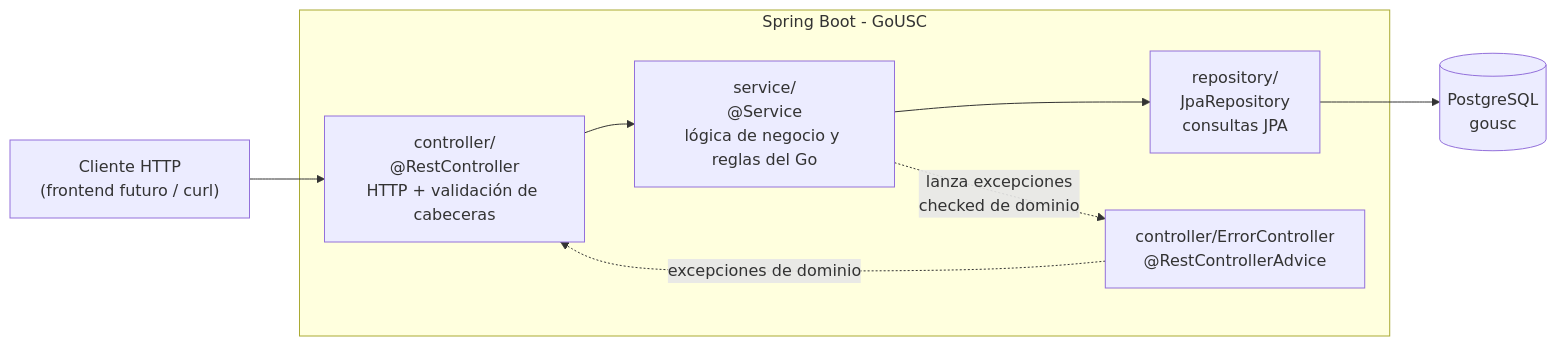
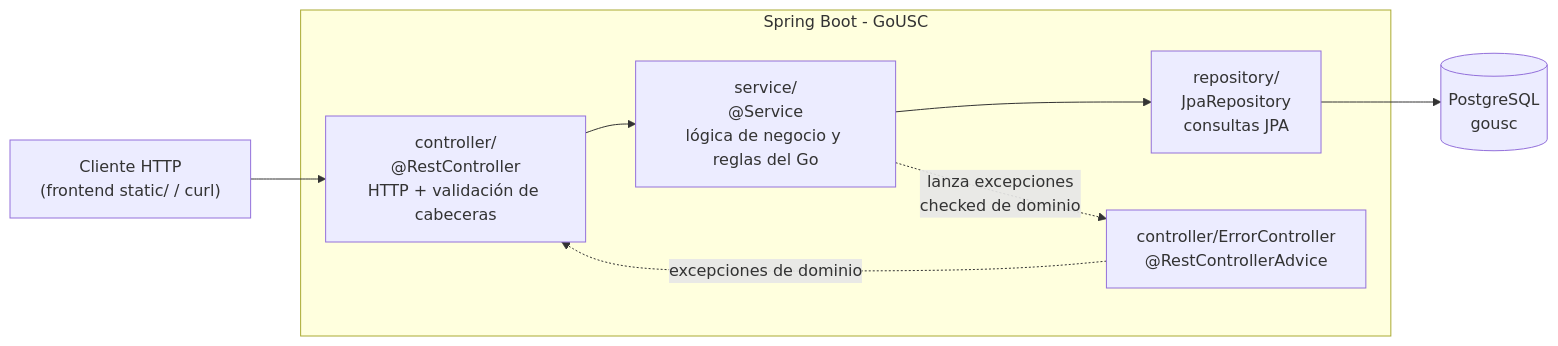
The first of 9 diagrams in docs/backend.md (figurophobia/GoUSC), drawn with Mermaid before and after one commit. The commit also changed other lines of this file and 7 other files, not shown here.

````diff
--- a/docs/backend.md
+++ b/docs/backend.md
@@ -25,12 +25,12 @@
 ```mermaid
 flowchart LR
-    C["Cliente HTTP<br/>(frontend futuro / curl)"] --> CTRL
+    C["Cliente HTTP<br/>(frontend static/ / curl)"] --> CTRL
     subgraph App ["Spring Boot - GoUSC"]
         CTRL["controller/<br/>@RestController<br/>HTTP + validación de cabeceras"] --> SVC
         SVC["service/<br/>@Service<br/>lógica de negocio y reglas del Go"] --> REPO
         REPO["repository/<br/>JpaRepository<br/>consultas JPA"]
         ERR["controller/ErrorController<br/>@RestControllerAdvice"] -.->|"excepciones de dominio"| CTRL
     end
     REPO --> DB[("PostgreSQL<br/>gousc")]
     SVC -.->|"lanza excepciones<br/>checked de dominio"| ERR
 ```
````
